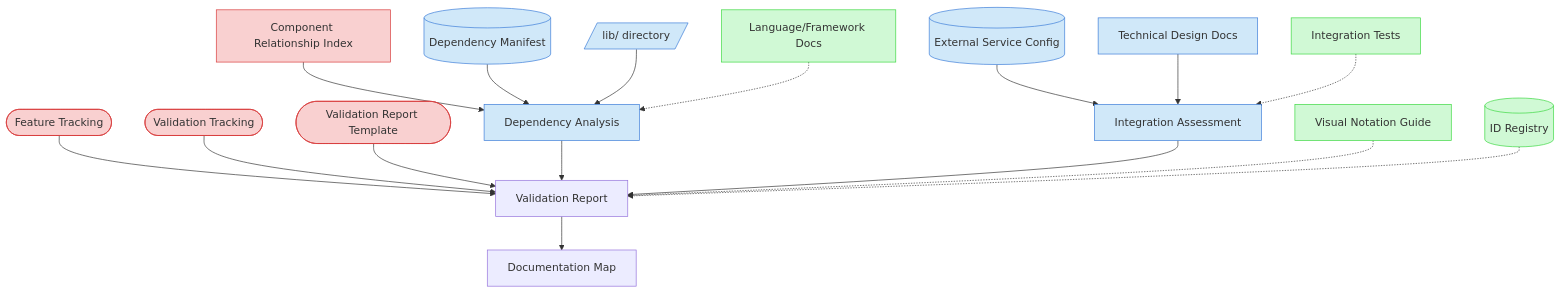
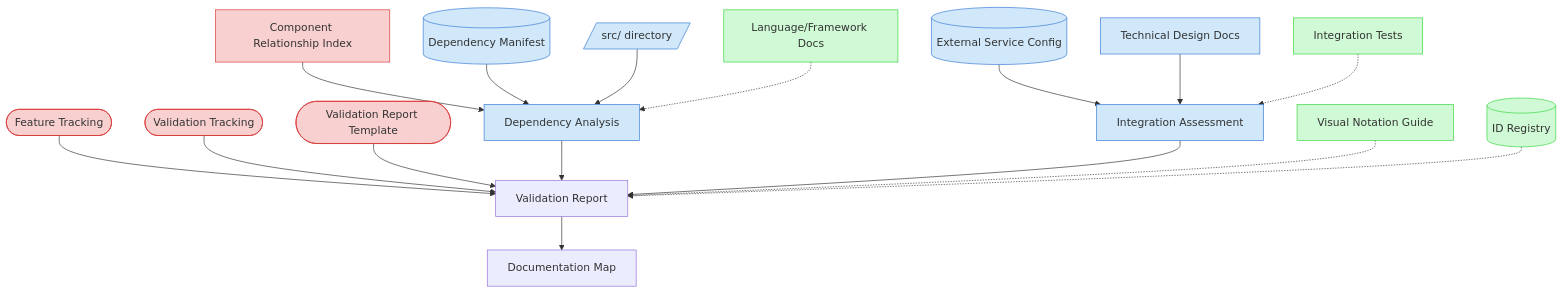
The diagram in process-framework/visualization/context-maps/05-validation/integration-dependencies-validation-map.md (Abtomation/LinkWatcher), drawn with Mermaid before and after one commit. The commit also changed other lines of this file and 457 other files, not shown here.

````diff
--- a/process-framework/visualization/context-maps/05-validation/integration-dependencies-validation-map.md
+++ b/process-framework/visualization/context-maps/05-validation/integration-dependencies-validation-map.md
@@ -19,29 +17,29 @@
 ```mermaid
 graph TD
     classDef critical fill:#f9d0d0,stroke:#d83a3a
     classDef important fill:#d0e8f9,stroke:#3a7bd8
     classDef reference fill:#d0f9d5,stroke:#3ad83f
 
     FT([Feature Tracking]) --> VR[Validation Report]
     FVT([Validation Tracking]) --> VR
     VRT([Validation Report Template]) --> VR
     CRI[Component Relationship Index] --> DA[Dependency Analysis]
 
     PC[(Dependency Manifest)] --> DA
-    LIB[/lib/ directory/] --> DA
+    LIB[/src/ directory/] --> DA
     SUP[(External Service Config)] --> IA[Integration Assessment]
     TDD[Technical Design Docs] --> IA
 
     DA --> VR
     IA --> VR
     VR --> DM[Documentation Map]
 
     FD[Language/Framework Docs] -.-> DA
     IT[Integration Tests] -.-> IA
     VNG[Visual Notation Guide] -.-> VR
     IDR[(ID Registry)] -.-> VR
 
     class FT,FVT,VRT,CRI critical
     class PC,LIB,SUP,TDD,DA,IA important
     class FD,IT,VNG,IDR reference
 ```
````
